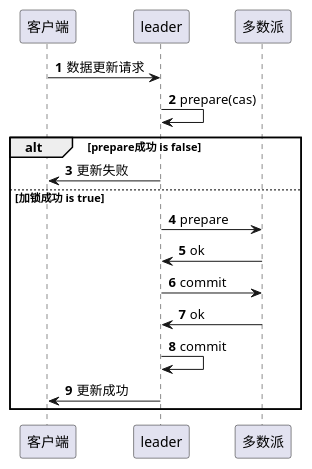
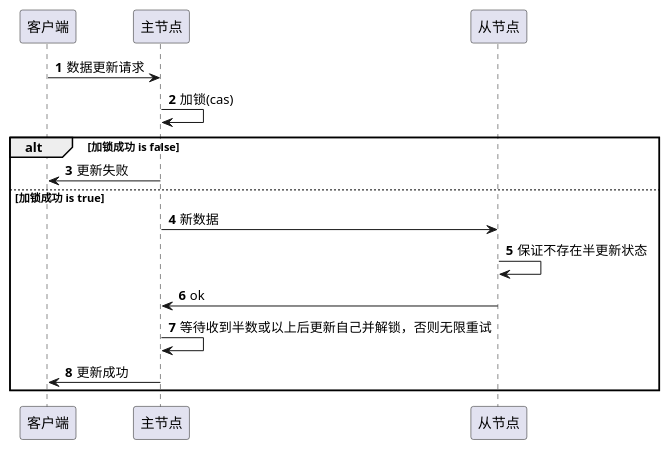
Before and after one commit to AllenDuke/Core: the diagram in src/main/resources/distribute/sync.puml, drawn with PlantUML.

Commit message:
数据同步

```diff
--- a/src/main/resources/distribute/sync.puml
+++ b/src/main/resources/distribute/sync.puml
@@ -1,19 +1,18 @@
 @startuml
 'https://plantuml.com/sequence-diagram
 
 autonumber
 
-客户端 -> leader: 数据更新请求
-leader -> leader: prepare(cas)
+客户端 -> 主节点: 数据更新请求
+主节点 -> 主节点: 加锁(cas)
 
-alt prepare成功 is false
-  leader -> 客户端: 更新失败
+alt 加锁成功 is false
+  主节点 -> 客户端: 更新失败
 else 加锁成功 is true
-  leader -> 多数派: prepare
-  多数派 -> leader: ok
-  leader -> 多数派: commit
-  多数派 -> leader: ok
-  leader -> leader: commit
-  leader -> 客户端: 更新成功
+  主节点 -> 从节点: 新数据
+  从节点 -> 从节点: 保证不存在半更新状态
+  从节点 -> 主节点: ok
+  主节点 -> 主节点: 等待收到半数或以上后更新自己并解锁，否则无限重试
+  主节点 -> 客户端: 更新成功
 end
 @enduml
```
